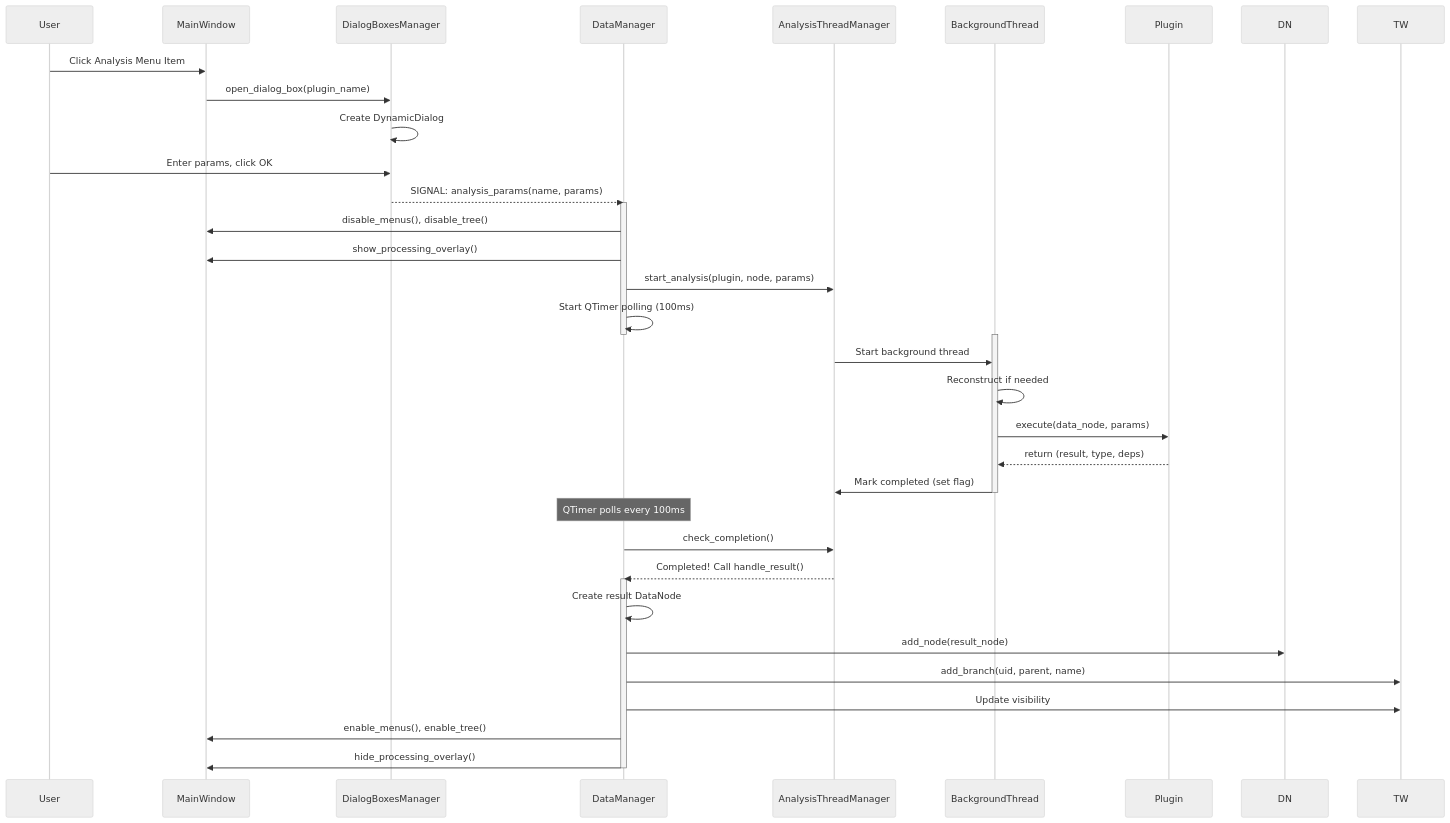
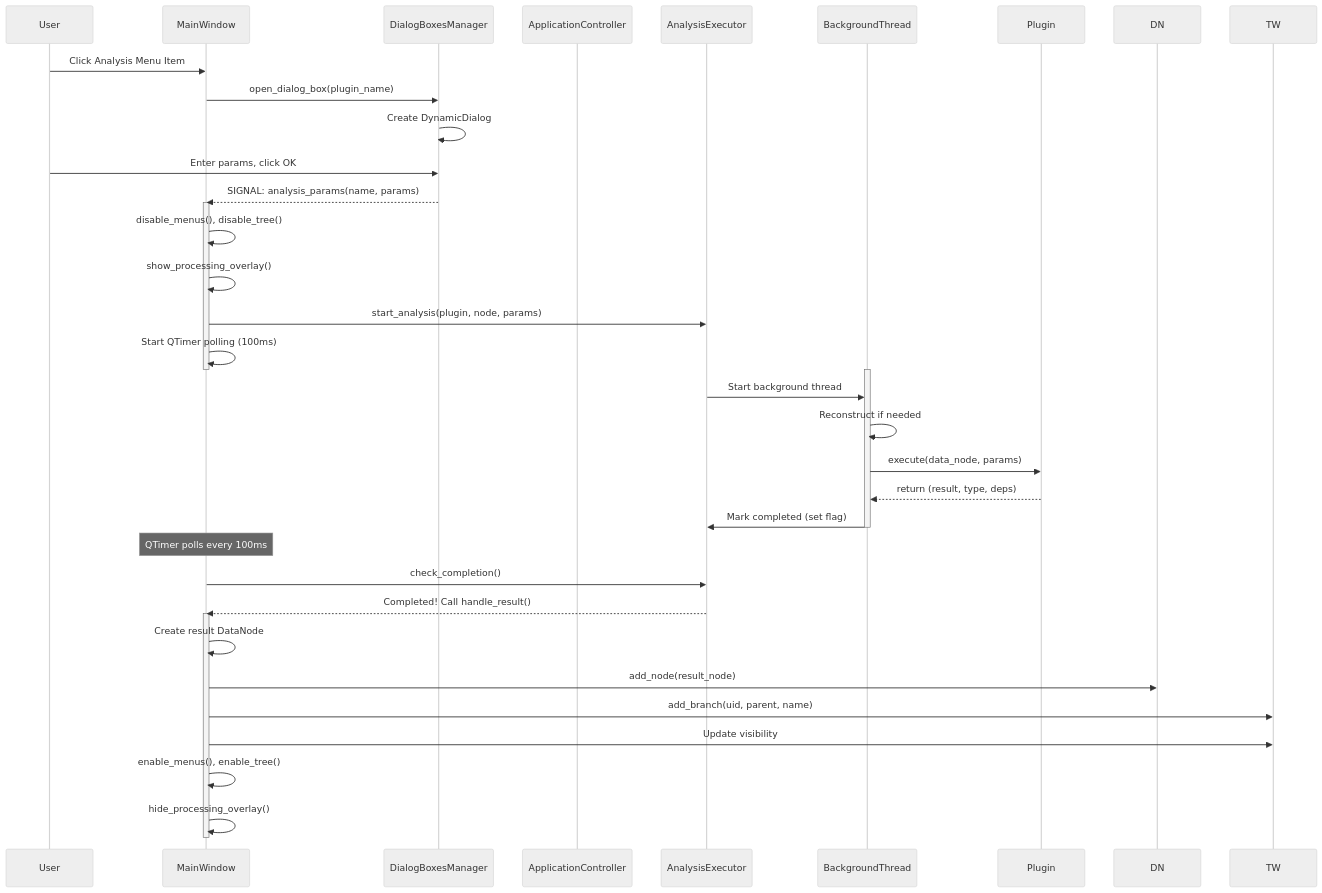
Before and after one commit to Sepehr-Sobhani-AU/SPCToolkit: the fourth of 8 diagrams in ARCHITECTURE.md, drawn with Mermaid (neutral theme). The commit also changed other lines of this file and 1 other file, not shown here.

First line of the commit message:
Update CLAUDE.md and ARCHITECTURE.md for new architecture

````diff
--- a/ARCHITECTURE.md
+++ b/ARCHITECTURE.md
@@ -196,46 +226,46 @@
 ```mermaid
 sequenceDiagram
     participant User
     participant MW as MainWindow
     participant DB as DialogBoxesManager
-    participant DM as DataManager
-    participant ATM as AnalysisThreadManager
+    participant AC as ApplicationController
+    participant AE as AnalysisExecutor
     participant Thread as BackgroundThread
     participant Plugin
 
     User->>MW: Click Analysis Menu Item
     MW->>DB: open_dialog_box(plugin_name)
     DB->>DB: Create DynamicDialog
     User->>DB: Enter params, click OK
 
-    DB-->>DM: SIGNAL: analysis_params(name, params)
+    DB-->>MW: SIGNAL: analysis_params(name, params)
 
-    activate DM
-    DM->>MW: disable_menus(), disable_tree()
-    DM->>MW: show_processing_overlay()
-    DM->>ATM: start_analysis(plugin, node, params)
-    DM->>DM: Start QTimer polling (100ms)
-    deactivate DM
+    activate MW
+    MW->>MW: disable_menus(), disable_tree()
+    MW->>MW: show_processing_overlay()
+    MW->>AE: start_analysis(plugin, node, params)
+    MW->>MW: Start QTimer polling (100ms)
+    deactivate MW
 
     activate Thread
-    ATM->>Thread: Start background thread
+    AE->>Thread: Start background thread
     Thread->>Thread: Reconstruct if needed
     Thread->>Plugin: execute(data_node, params)
     Plugin-->>Thread: return (result, type, deps)
-    Thread->>ATM: Mark completed (set flag)
+    Thread->>AE: Mark completed (set flag)
     deactivate Thread
 
-    Note over DM: QTimer polls every 100ms
+    Note over MW: QTimer polls every 100ms
 
-    DM->>ATM: check_completion()
-    ATM-->>DM: Completed! Call handle_result()
+    MW->>AE: check_completion()
+    AE-->>MW: Completed! Call handle_result()
 
-    activate DM
-    DM->>DM: Create result DataNode
-    DM->>DN: add_node(result_node)
-    DM->>TW: add_branch(uid, parent, name)
-    DM->>TW: Update visibility
-    DM->>MW: enable_menus(), enable_tree()
-    DM->>MW: hide_processing_overlay()
-    deactivate DM
+    activate MW
+    MW->>MW: Create result DataNode
+    MW->>DN: add_node(result_node)
+    MW->>TW: add_branch(uid, parent, name)
+    MW->>TW: Update visibility
+    MW->>MW: enable_menus(), enable_tree()
+    MW->>MW: hide_processing_overlay()
+    deactivate MW
 ```
````
